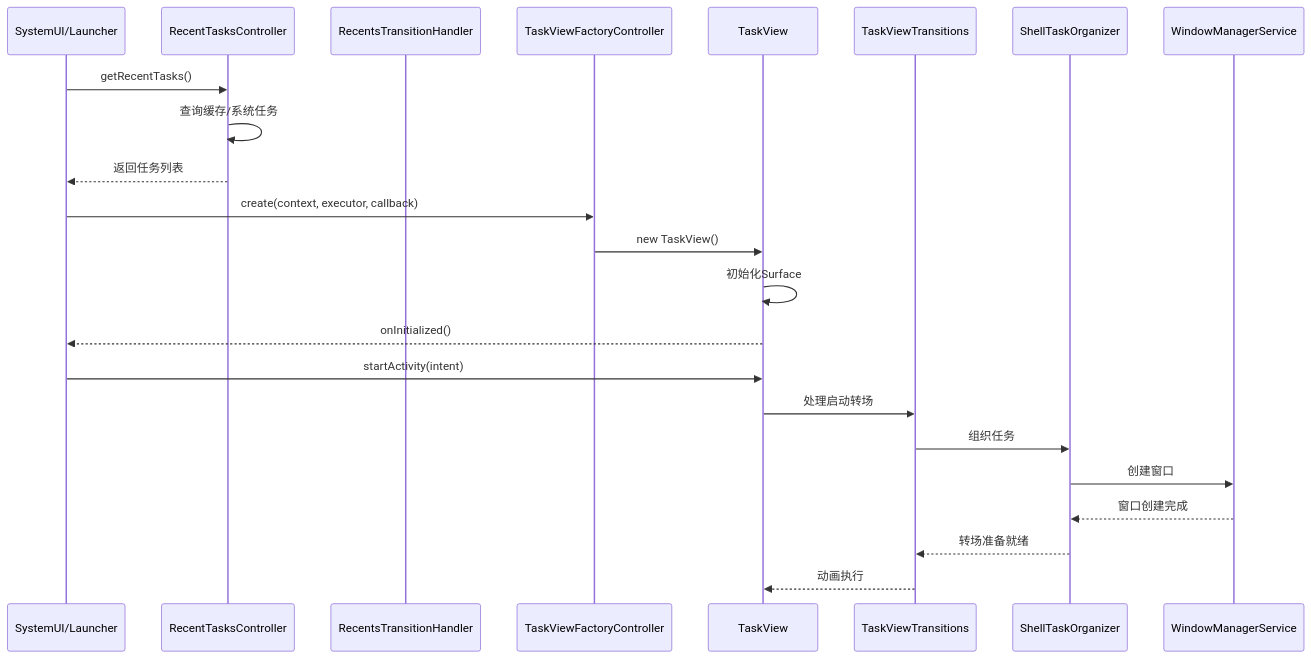
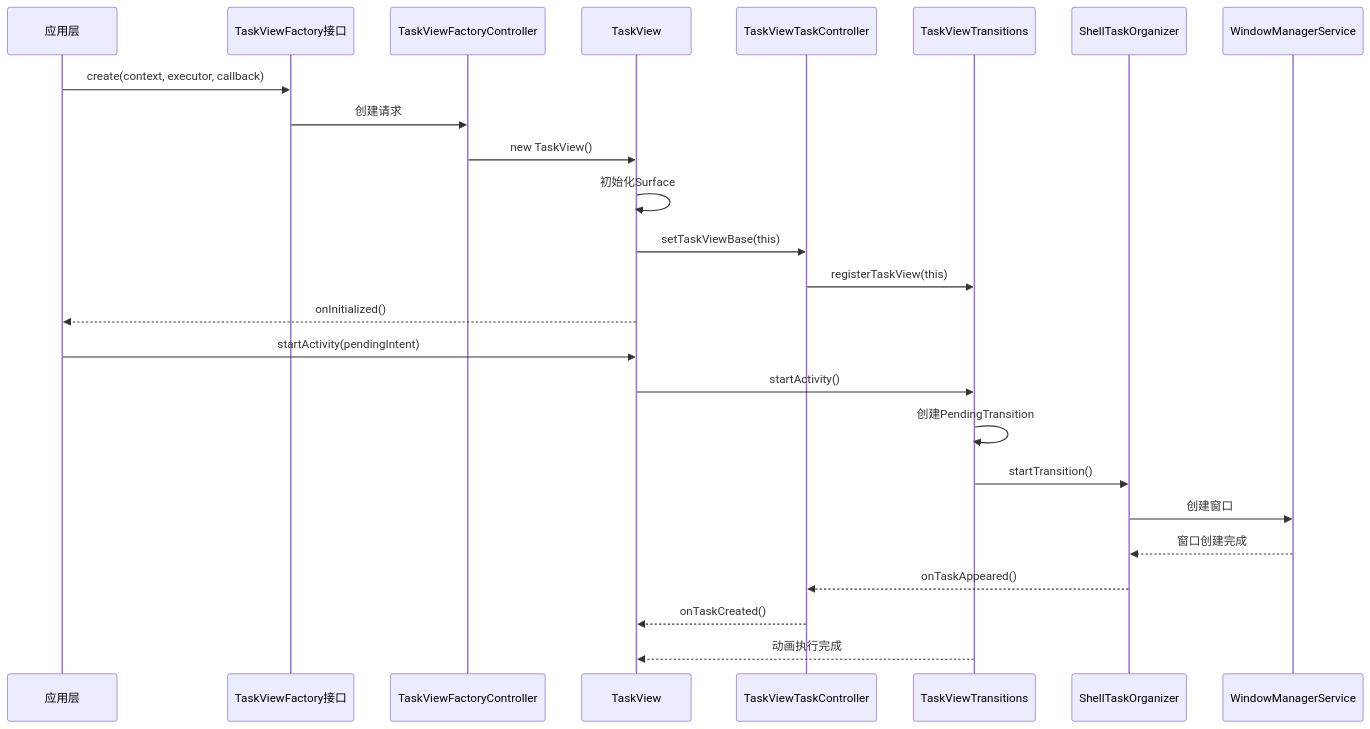
One commit to yuchuangu85/AOSP_Frameworks changed the third of 4 diagrams in docs/RecentTaskViewAnalysis.md. Above: the diagram before and after it, drawn with Mermaid. The commit also changed other lines of this file and 13 other files, not shown here.

````diff
--- a/docs/RecentTaskViewAnalysis.md
+++ b/docs/RecentTaskViewAnalysis.md
@@ -186,28 +536,29 @@
 ```mermaid
 sequenceDiagram
-    participant UI as SystemUI/Launcher
-    participant RTC as RecentTasksController
-    participant RTH as RecentsTransitionHandler
+    participant App as 应用层
+    participant TVF as TaskViewFactory接口
     participant TVFC as TaskViewFactoryController
     participant TV as TaskView
+    participant TVTC as TaskViewTaskController
     participant TVT as TaskViewTransitions
     participant STO as ShellTaskOrganizer
     participant WMS as WindowManagerService
-
-    UI->>RTC: getRecentTasks()
-    RTC->>RTC: 查询缓存/系统任务
-    RTC-->>UI: 返回任务列表
     
-    UI->>TVFC: create(context, executor, callback)
+    App->>TVF: create(context, executor, callback)
+    TVF->>TVFC: 创建请求
     TVFC->>TV: new TaskView()
     TV->>TV: 初始化Surface
-    TV-->>UI: onInitialized()
+    TV->>TVTC: setTaskViewBase(this)
+    TVTC->>TVT: registerTaskView(this)
+    TV-->>App: onInitialized()
     
-    UI->>TV: startActivity(intent)
-    TV->>TVT: 处理启动转场
-    TVT->>STO: 组织任务
+    App->>TV: startActivity(pendingIntent)
+    TV->>TVT: startActivity()
+    TVT->>TVT: 创建PendingTransition
+    TVT->>STO: startTransition()
     STO->>WMS: 创建窗口
     WMS-->>STO: 窗口创建完成
-    STO-->>TVT: 转场准备就绪
-    TVT-->>TV: 动画执行
+    STO-->>TVTC: onTaskAppeared()
+    TVTC-->>TV: onTaskCreated()
+    TVT-->>TV: 动画执行完成
 ```
````
